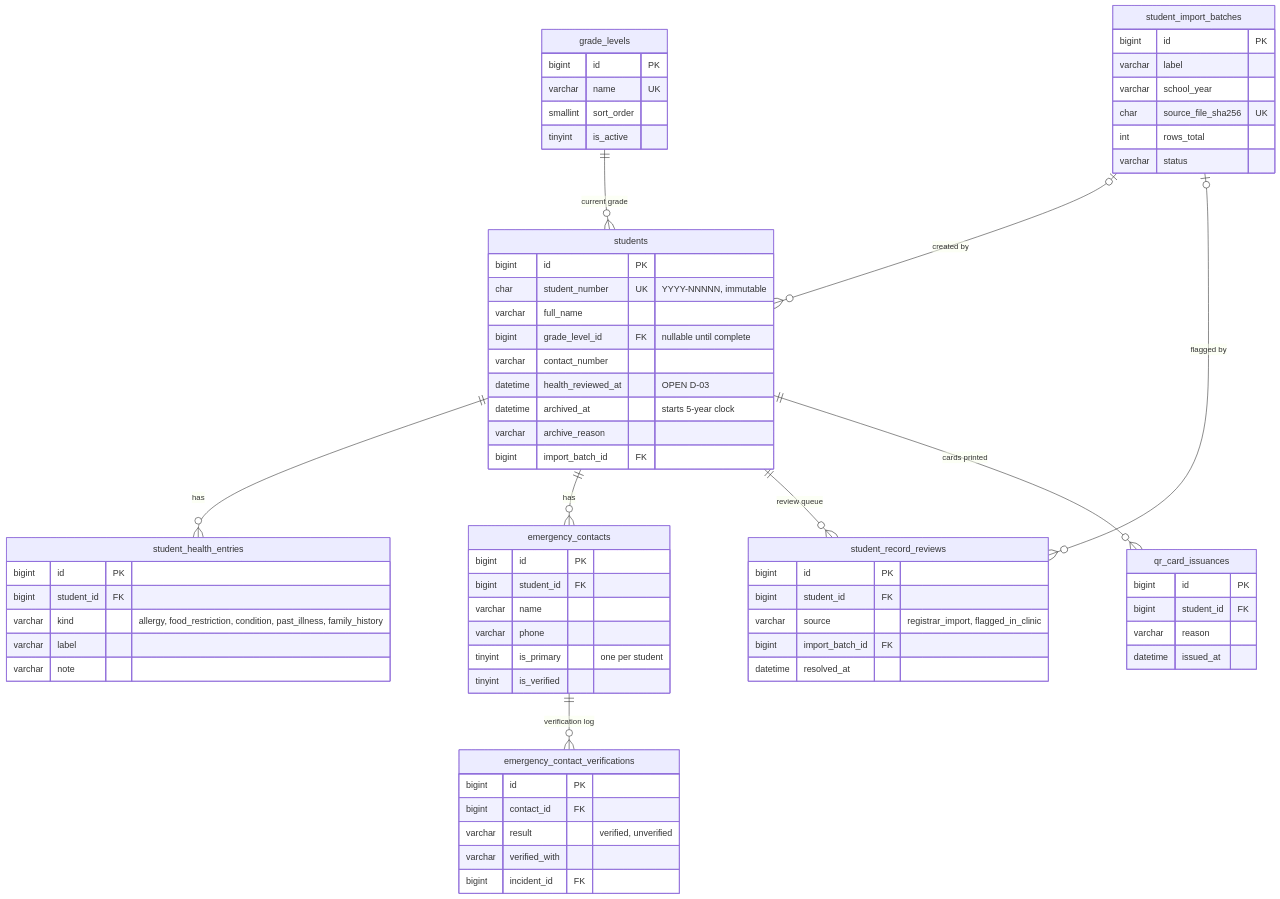
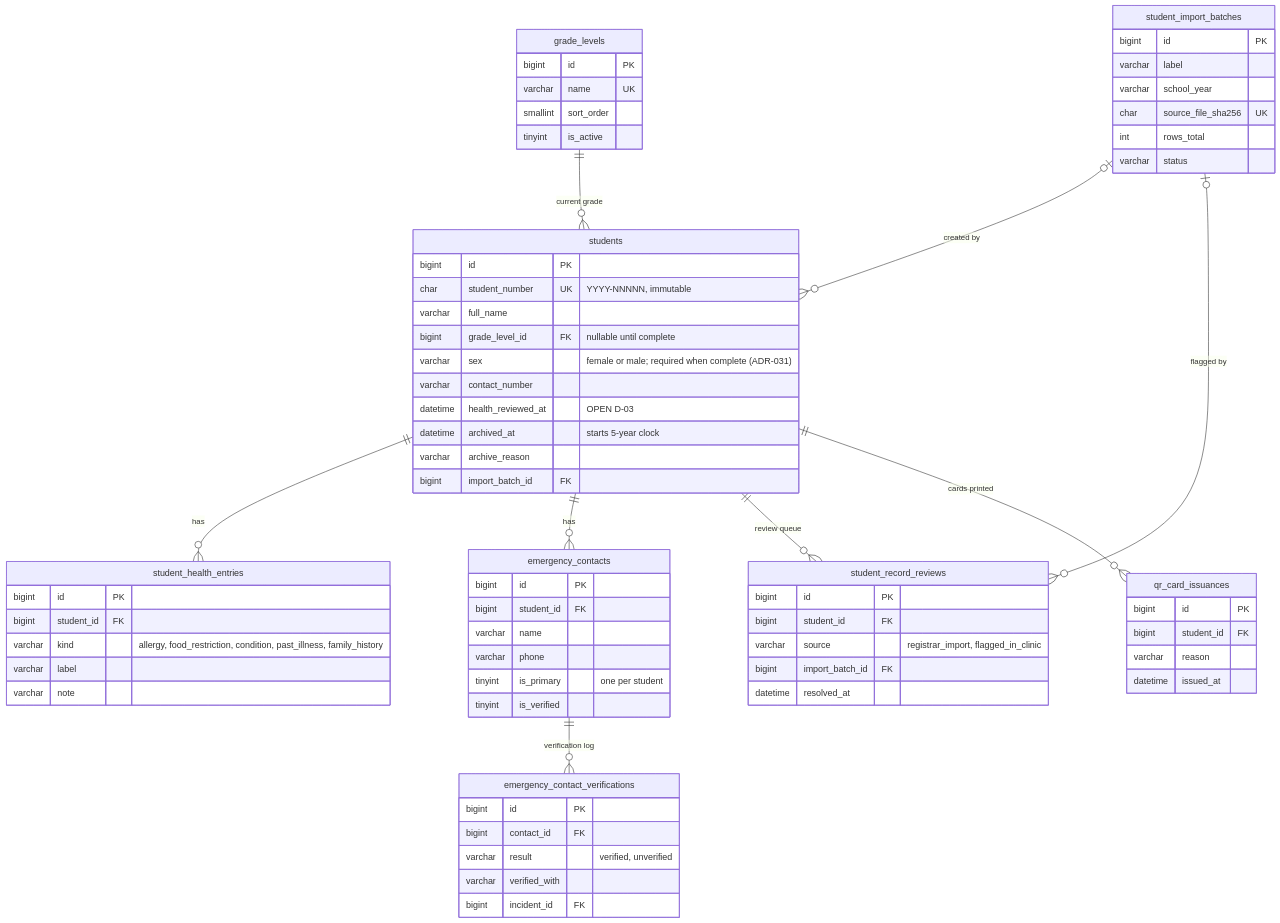
One commit to zekuuu/cliniq changed the second of 6 diagrams in CLINIQ-Knowledge-Base/02-Architecture/Database/ERD.md. Above: the diagram before and after it, drawn with Mermaid. The commit also changed other lines of this file and 35 other files, not shown here.

First line of the commit message:
feat: add required Student sex field and demographic trends analysis

````diff
--- a/CLINIQ-Knowledge-Base/02-Architecture/Database/ERD.md
+++ b/CLINIQ-Knowledge-Base/02-Architecture/Database/ERD.md
@@ -145,71 +145,72 @@
 ```mermaid
 erDiagram
     grade_levels {
         bigint id PK
         varchar name UK
         smallint sort_order
         tinyint is_active
     }
     student_import_batches {
         bigint id PK
         varchar label
         varchar school_year
         char source_file_sha256 UK
         int rows_total
         varchar status
     }
     students {
         bigint id PK
         char student_number UK "YYYY-NNNNN, immutable"
         varchar full_name
         bigint grade_level_id FK "nullable until complete"
+        varchar sex "female or male; required when complete (ADR-031)"
         varchar contact_number
         datetime health_reviewed_at "OPEN D-03"
         datetime archived_at "starts 5-year clock"
         varchar archive_reason
         bigint import_batch_id FK
     }
     student_health_entries {
         bigint id PK
         bigint student_id FK
         varchar kind "allergy, food_restriction, condition, past_illness, family_history"
         varchar label
         varchar note
     }
     emergency_contacts {
         bigint id PK
         bigint student_id FK
         varchar name
         varchar phone
         tinyint is_primary "one per student"
         tinyint is_verified
     }
     emergency_contact_verifications {
         bigint id PK
         bigint contact_id FK
         varchar result "verified, unverified"
         varchar verified_with
         bigint incident_id FK
     }
     student_record_reviews {
         bigint id PK
         bigint student_id FK
         varchar source "registrar_import, flagged_in_clinic"
         bigint import_batch_id FK
         datetime resolved_at
     }
     qr_card_issuances {
         bigint id PK
         bigint student_id FK
         varchar reason
         datetime issued_at
     }
     grade_levels ||--o{ students : "current grade"
     student_import_batches |o--o{ students : "created by"
     student_import_batches |o--o{ student_record_reviews : "flagged by"
     students ||--o{ student_health_entries : has
     students ||--o{ emergency_contacts : has
     emergency_contacts ||--o{ emergency_contact_verifications : "verification log"
     students ||--o{ student_record_reviews : "review queue"
     students ||--o{ qr_card_issuances : "cards printed"
 ```
````
